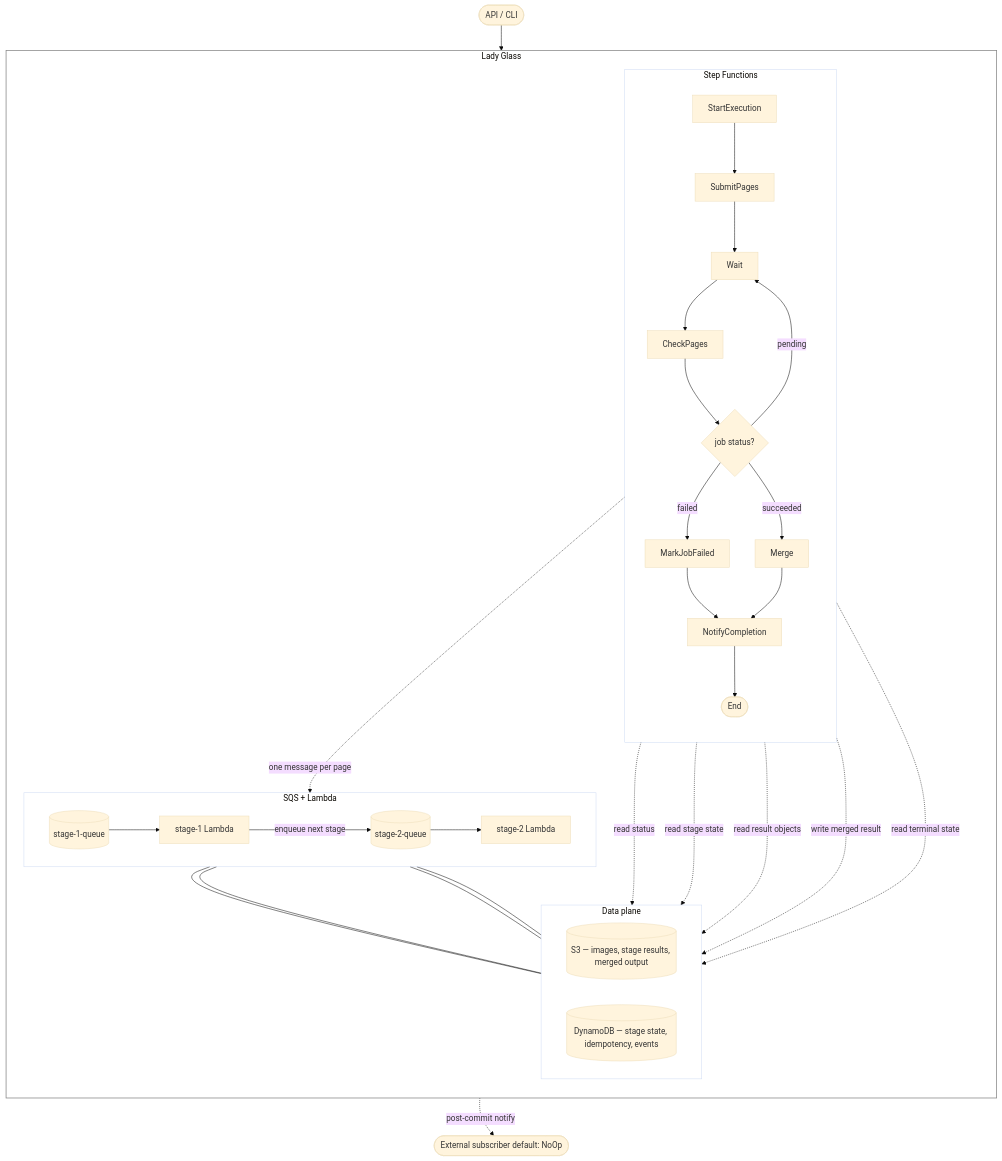
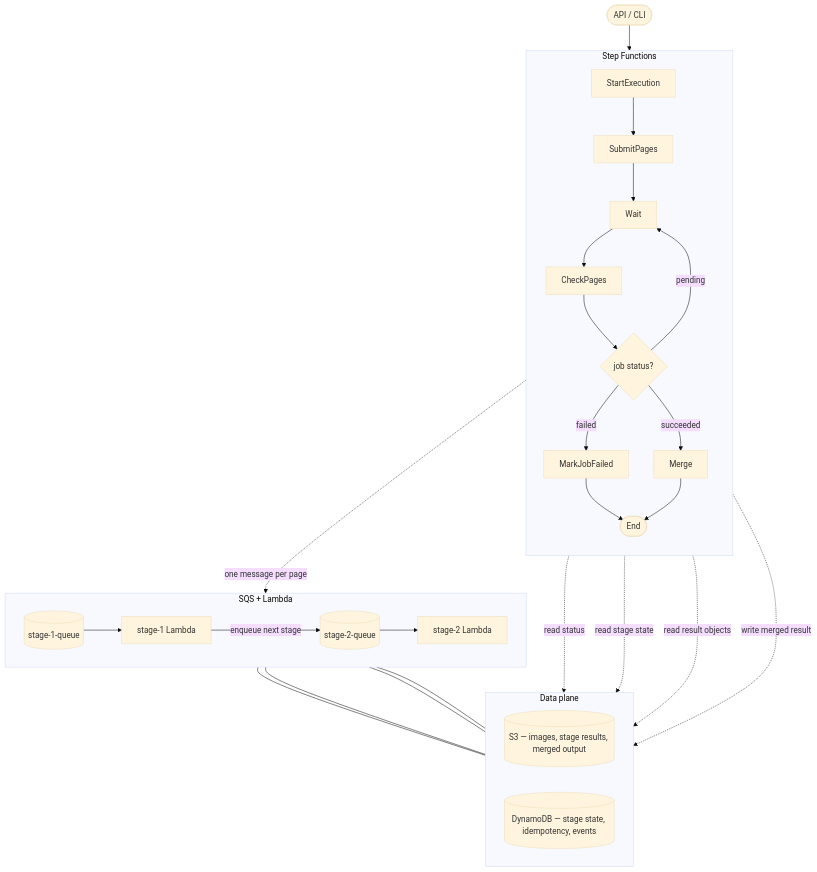
The diagram in README.md (keix/lady-glass), drawn with Mermaid (base theme) before and after one commit.

Commit message:
README: strip the mermaid down to the 2df4e42^ shape
Back out the LG outer subgraph, the NotifyCompletion node with its
two dotted arrows, the External Subscriber node, the invisible
Done ~~~ Subscriber link, and the style block. What remains are
three parallel subgraphs (SFN / CHAIN / DATA), MarkFailed and Merge
edging straight to End, and the five original dotted arrows plus
the four CHAIN → S3/DDB solid links. The trimmed shape stops the
LG container from widening the render and lets the three planes sit
next to each other again.

NotifyCompletion still exists in code and prose; the diagram just
no longer tries to fit the post-commit observer into the same
picture as the workflow.

````diff
--- a/README.md
+++ b/README.md
@@ -19,57 +19,41 @@
 ```mermaid
 flowchart TB
     User([API / CLI]) --> StartExec[StartExecution]
 
-    subgraph LG["Lady Glass"]
+    subgraph SFN["Step Functions"]
         direction TB
-
-        subgraph SFN["Step Functions"]
-            direction TB
-            StartExec --> SubmitPages
-            SubmitPages --> WaitLoop[Wait]
-            WaitLoop --> CheckPages
-            CheckPages --> Choice{job status?}
-            Choice -- pending --> WaitLoop
-            Choice -- failed --> MarkFailed[MarkJobFailed]
-            Choice -- succeeded --> Merge
-            MarkFailed --> Notify[NotifyCompletion]
-            Merge --> Notify
-            Notify --> Done([End])
-        end
-
-        subgraph CHAIN["SQS + Lambda"]
-            direction LR
-            Q1[(stage-1-queue)] --> L1[stage-1 Lambda]
-            L1 -- enqueue next stage --> Q2[(stage-2-queue)]
-            Q2 --> L2[stage-2 Lambda]
-        end
-
-        subgraph DATA["Data plane"]
-            direction LR
-            S3[(S3 — images, stage results, merged output)]
-            DDB[(DynamoDB — stage state, idempotency, events)]
-        end
+        StartExec --> SubmitPages
+        SubmitPages --> WaitLoop[Wait]
+        WaitLoop --> CheckPages
+        CheckPages --> Choice{job status?}
+        Choice -- pending --> WaitLoop
+        Choice -- failed --> MarkFailed[MarkJobFailed]
+        Choice -- succeeded --> Merge
+        MarkFailed --> Done([End])
+        Merge --> Done
     end
 
-    Subscriber([External subscriber default: NoOp])
+    subgraph CHAIN["SQS + Lambda"]
+        direction LR
+        Q1[(stage-1-queue)] --> L1[stage-1 Lambda]
+        L1 -- enqueue next stage --> Q2[(stage-2-queue)]
+        Q2 --> L2[stage-2 Lambda]
+    end
+
+    subgraph DATA["Data plane"]
+        direction LR
+        S3[(S3 — images, stage results, merged output)]
+        DDB[(DynamoDB — stage state, idempotency, events)]
+    end
 
     SubmitPages -. one message per page .-> Q1
     CheckPages -. read status .-> DDB
     Merge -. read stage state .-> DDB
     Merge -. read result objects .-> S3
     Merge -. write merged result .-> S3
-    Notify -. read terminal state .-> DDB
-    Notify -. post-commit notify .-> Subscriber
 
     L1 --- S3
     L1 --- DDB
     L2 --- S3
     L2 --- DDB
-
-    Done ~~~ Subscriber
-
-    style LG fill:none,stroke:#888,stroke-width:1.5px
-    style SFN fill:none
-    style CHAIN fill:none
-    style DATA fill:none
 ```
````
